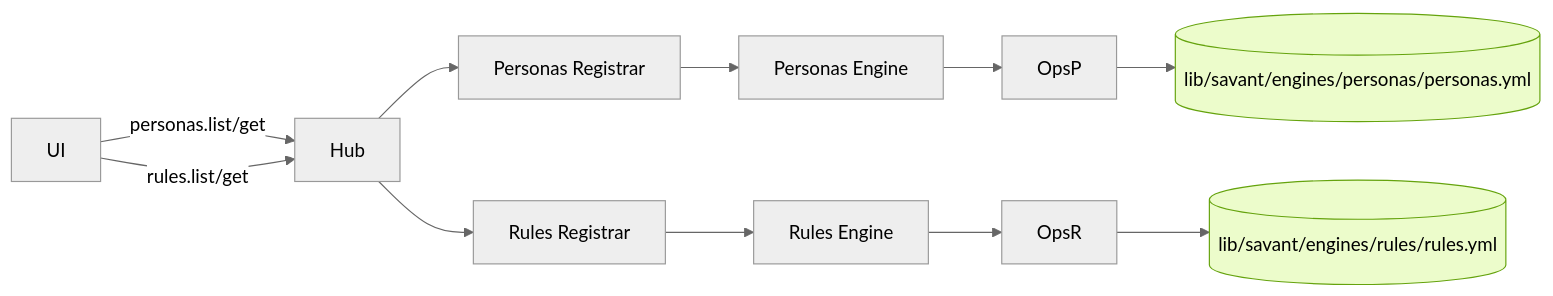
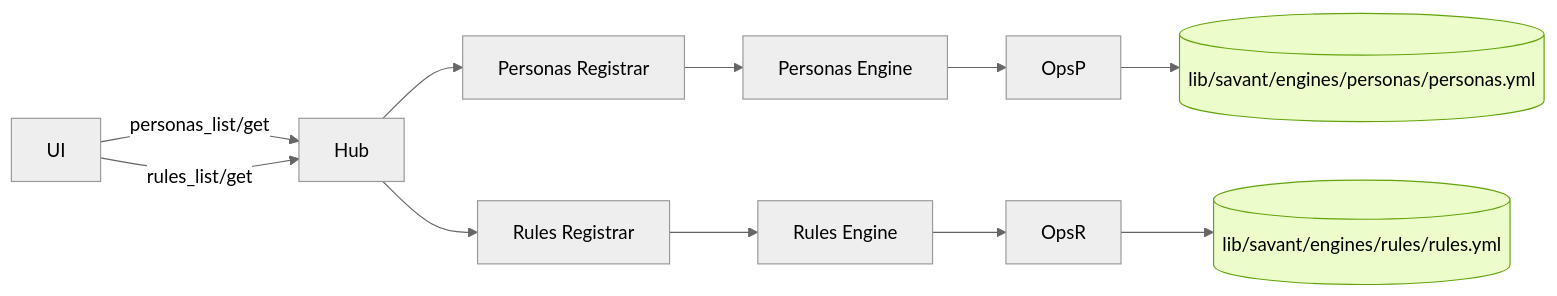
The fifth of 7 diagrams in memory_bank/architecture.md (ashabbir/savant), drawn with Mermaid (neutral theme) before and after one commit. The commit also changed 37 other files, not shown here.

````diff
--- a/memory_bank/architecture.md
+++ b/memory_bank/architecture.md
@@ -174,11 +174,11 @@
 ```mermaid
 flowchart LR
-  UI -->|personas.list/get| Hub --> RegP[Personas Registrar] --> EngP[Personas Engine] --> OpsP
+  UI -->|personas_list/get| Hub --> RegP[Personas Registrar] --> EngP[Personas Engine] --> OpsP
   OpsP --> YAML1[(lib/savant/engines/personas/personas.yml)]
 
-  UI -->|rules.list/get| Hub --> RegR[Rules Registrar] --> EngR[Rules Engine] --> OpsR
+  UI -->|rules_list/get| Hub --> RegR[Rules Registrar] --> EngR[Rules Engine] --> OpsR
   OpsR --> YAML2[(lib/savant/engines/rules/rules.yml)]
 
   classDef yaml fill:#ecfccb,stroke:#65a30d
   class YAML1,YAML2 yaml
 ```
````
